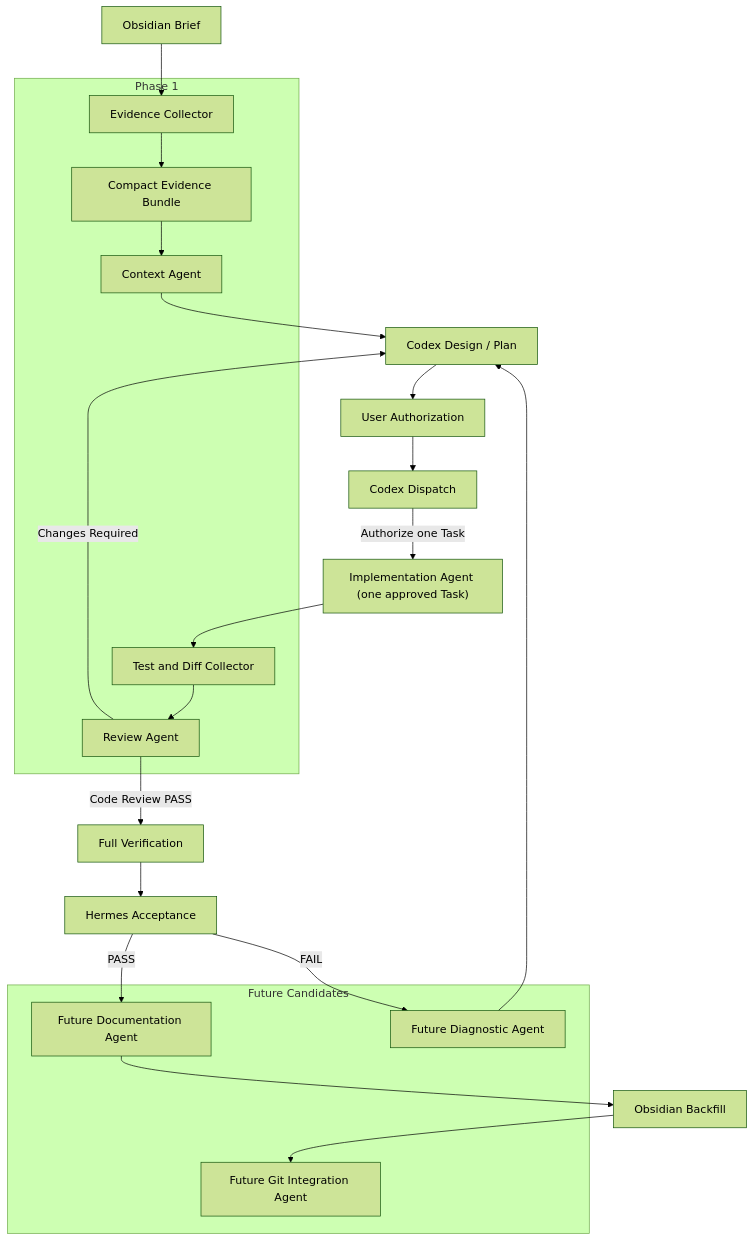
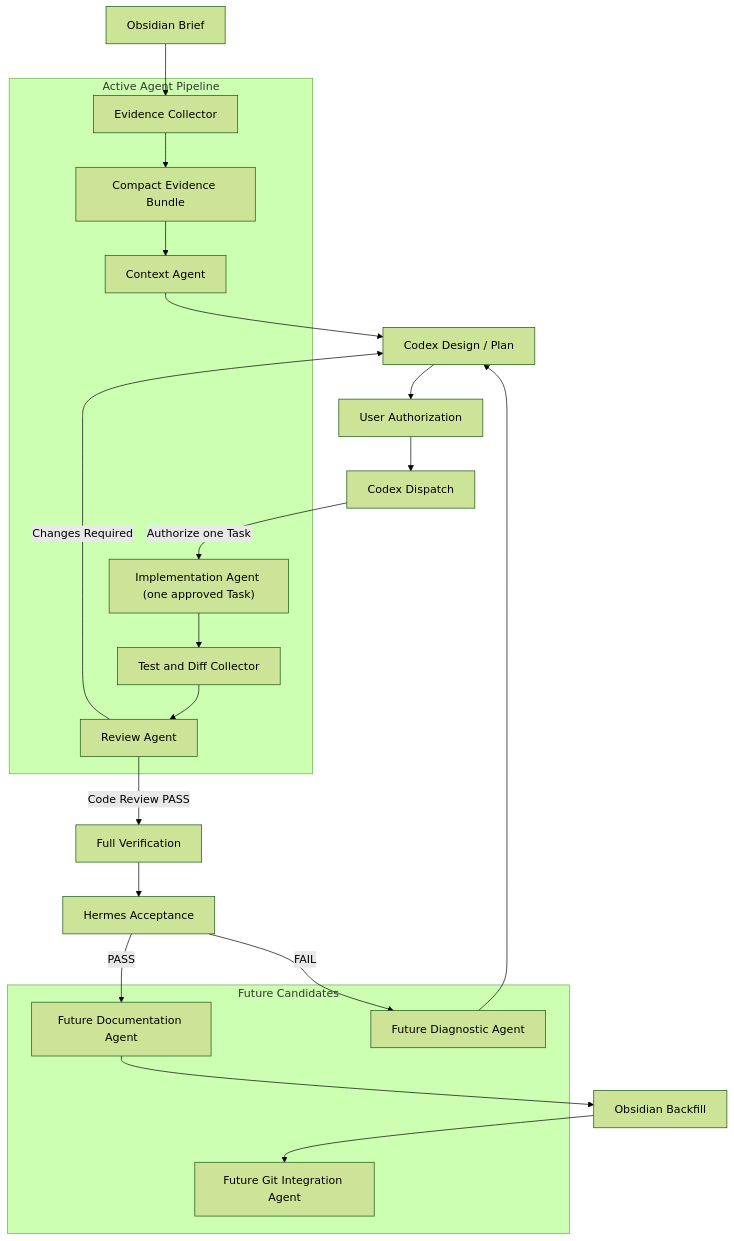
One commit to waitungchan-oss/nbs_analytics changed the diagram in docs/agents/NBS_AGENT_ARCHITECTURE.md. Above: the diagram before and after it, drawn with Mermaid (forest theme). The commit also changed other lines of this file and 2 other files, not shown here.

Commit message:
docs: align active agent governance

````diff
--- a/docs/agents/NBS_AGENT_ARCHITECTURE.md
+++ b/docs/agents/NBS_AGENT_ARCHITECTURE.md
@@ -57,34 +57,35 @@
 ```mermaid
 flowchart TD
     B["Obsidian Brief"] --> EC["Evidence Collector"]
     EC --> EB["Compact Evidence Bundle"]
     EB --> CA["Context Agent"]
     CA --> CP["Codex Design / Plan"]
     CP --> UA["User Authorization"]
     UA --> CD["Codex Dispatch"]
     CD -->|"Authorize one Task"| IA["Implementation Agent (one approved Task)"]
     IA --> TC["Test and Diff Collector"]
     TC --> RA["Review Agent"]
     RA -->|"Changes Required"| CP
     RA -->|"Code Review PASS"| FV["Full Verification"]
     FV --> HA["Hermes Acceptance"]
     HA -->|"PASS"| DA["Future Documentation Agent"]
     DA --> OA["Obsidian Backfill"]
     OA --> GA["Future Git Integration Agent"]
     HA -->|"FAIL"| DG["Future Diagnostic Agent"]
     DG --> CP
 
-    subgraph P1["Phase 1"]
+    subgraph P1["Active Agent Pipeline"]
       EC
       EB
       CA
+      IA
       TC
       RA
     end
 
     subgraph FUTURE["Future Candidates"]
       DA
       DG
       GA
     end
 ```
````
